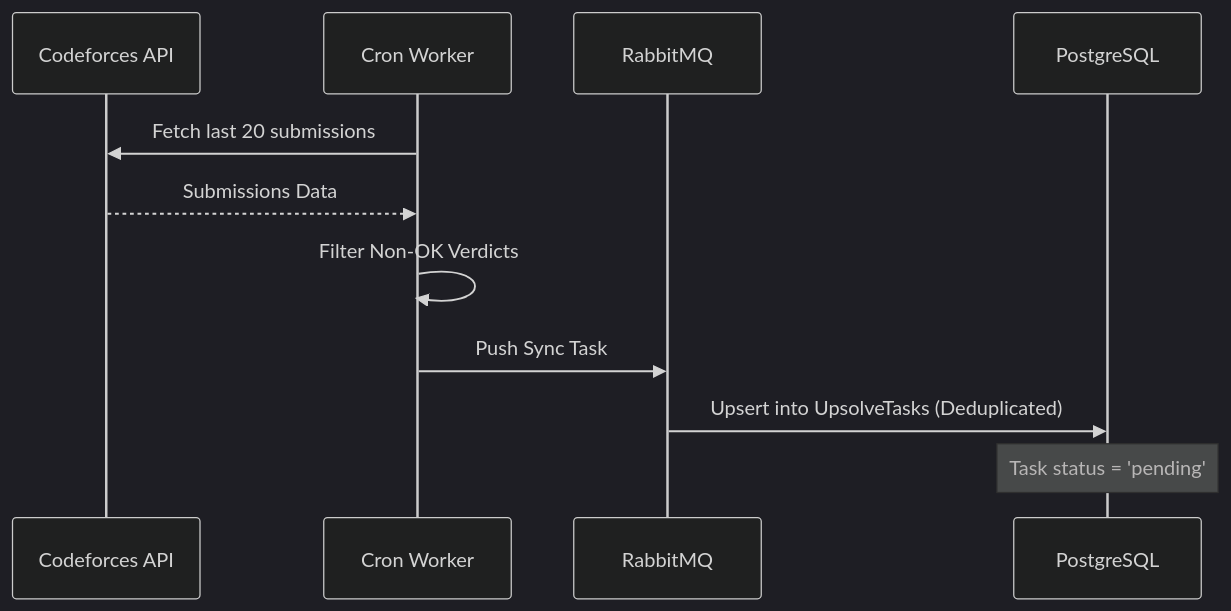
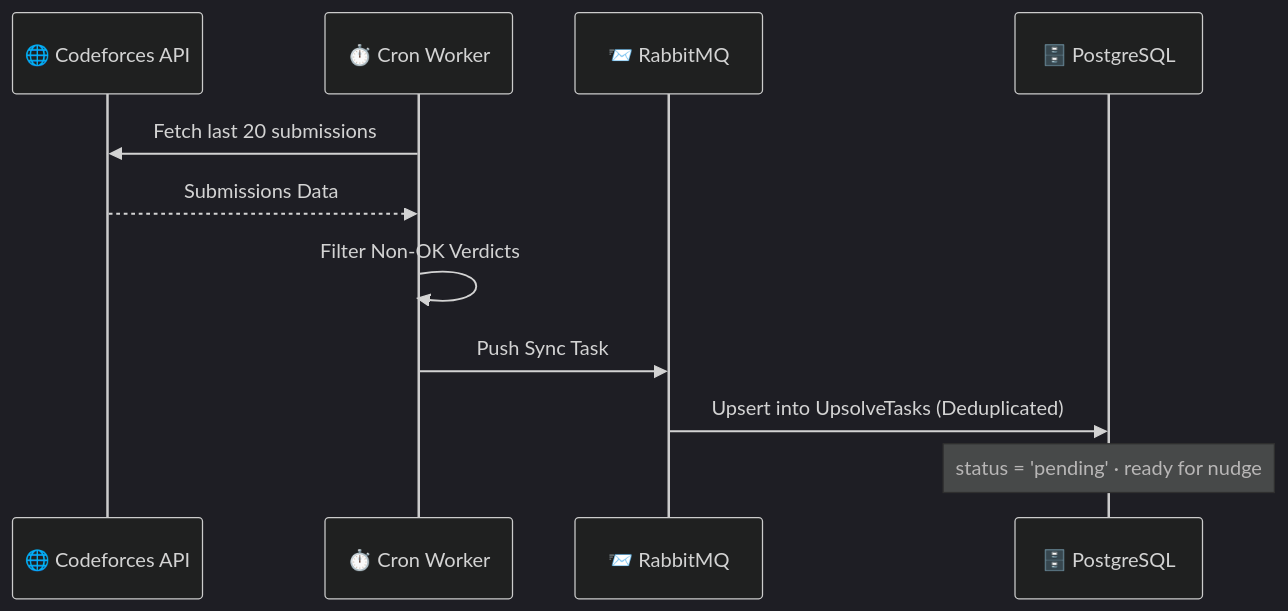
The third of 4 diagrams in README.md (arhamxfarooqui/AXIOS-GO), drawn with Mermaid (dark theme) before and after one commit. The commit also changed other lines of this file, not shown here.

````diff
--- a/README.md
+++ b/README.md
@@ -91,14 +178,14 @@
 ```mermaid
 sequenceDiagram
-    participant CF as Codeforces API
-    participant Cron as Cron Worker
-    participant RMQ as RabbitMQ
-    participant DB as PostgreSQL
-    
+    participant CF as 🌐 Codeforces API
+    participant Cron as ⏱️ Cron Worker
+    participant RMQ as 📨 RabbitMQ
+    participant DB as 🗄️ PostgreSQL
+
     Cron->>CF: Fetch last 20 submissions
     CF-->>Cron: Submissions Data
     Cron->>Cron: Filter Non-OK Verdicts
     Cron->>RMQ: Push Sync Task
     RMQ->>DB: Upsert into UpsolveTasks (Deduplicated)
-    Note over DB: Task status = 'pending'
+    Note over DB: status = 'pending' · ready for nudge
 ```
````
